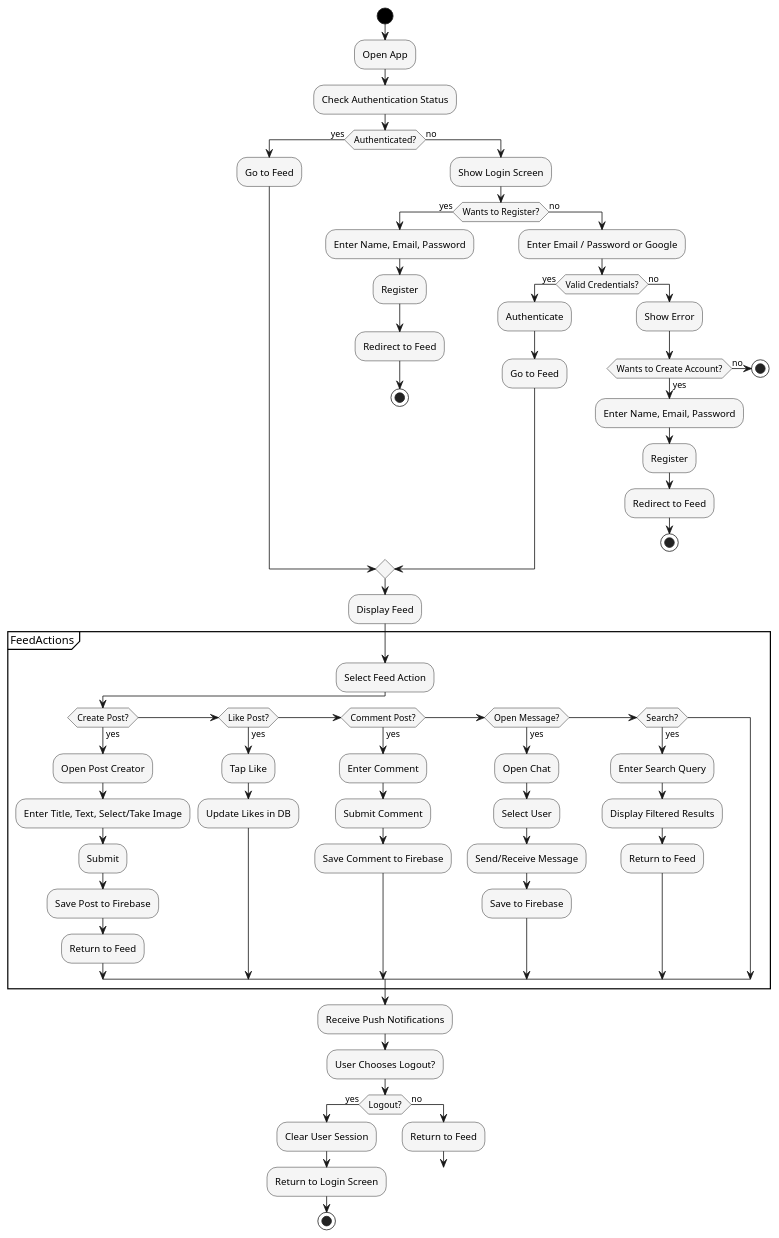
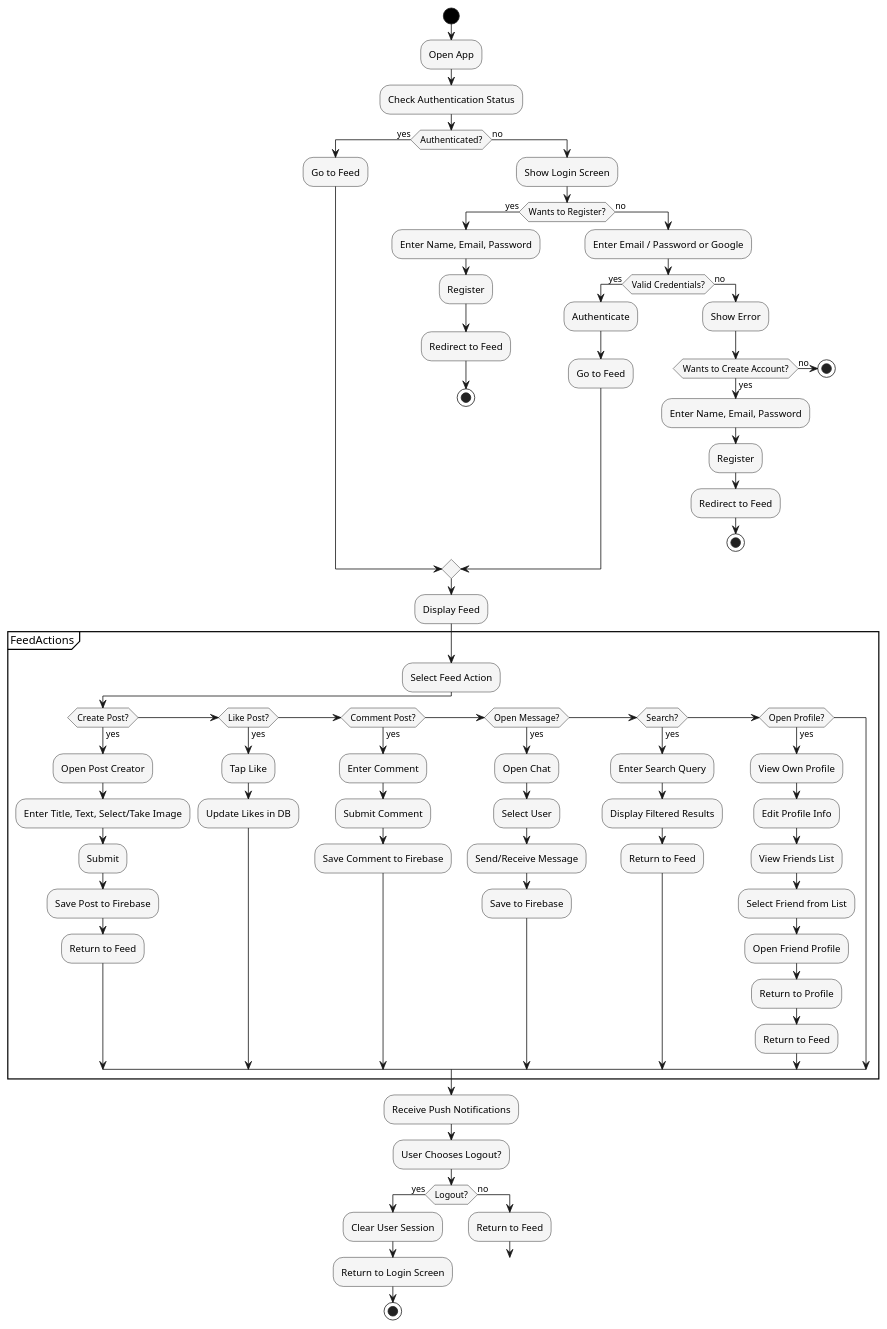
The diagram in app/sampledata/activity_diagram.puml (AndreeaDraghici/Android-Social-Media-Platform), drawn with PlantUML before and after one commit. The commit also changed 13 other files, not shown here.

```diff
--- a/app/sampledata/activity_diagram.puml
+++ b/app/sampledata/activity_diagram.puml
@@ -1,84 +1,92 @@
 @startuml ActivityDiagram_SocialMediaApp
 |User|
 skinparam backgroundColor #FFFFFF
 skinparam activity {
   BackgroundColor #F5F5F5
   BorderColor black
   StartColor black
   EndColor silver
 }
 
 start
 
 :Open App;
 :Check Authentication Status;
 if (Authenticated?) then (yes)
   :Go to Feed;
 else (no)
   :Show Login Screen;
   if (Wants to Register?) then (yes)
     :Enter Name, Email, Password;
     :Register;
     :Redirect to Feed;
     stop
   else (no)
     :Enter Email / Password or Google;
     if (Valid Credentials?) then (yes)
       :Authenticate;
       :Go to Feed;
     else (no)
       :Show Error;
       if (Wants to Create Account?) then (yes)
         :Enter Name, Email, Password;
         :Register;
         :Redirect to Feed;
         stop
       else (no)
         stop
       endif
     endif
   endif
 endif
 
 :Display Feed;
 
 partition FeedActions {
   :Select Feed Action;
   if (Create Post?) then (yes)
     :Open Post Creator;
     :Enter Title, Text, Select/Take Image;
     :Submit;
     :Save Post to Firebase;
     :Return to Feed;
   else if (Like Post?) then (yes)
     :Tap Like;
     :Update Likes in DB;
   else if (Comment Post?) then (yes)
     :Enter Comment;
     :Submit Comment;
     :Save Comment to Firebase;
   else if (Open Message?) then (yes)
     :Open Chat;
     :Select User;
     :Send/Receive Message;
     :Save to Firebase;
   else if (Search?) then (yes)
     :Enter Search Query;
     :Display Filtered Results;
     :Return to Feed;
+  else if (Open Profile?) then (yes)
+    :View Own Profile;
+    :Edit Profile Info;
+    :View Friends List;
+    :Select Friend from List;
+    :Open Friend Profile;
+    :Return to Profile;
+    :Return to Feed;
   endif
 }
 
 :Receive Push Notifications;
 
 :User Chooses Logout?;
 if (Logout?) then (yes)
   :Clear User Session;
   :Return to Login Screen;
   stop
 else (no)
   :Return to Feed;
   goto FeedActions
 endif
 
 @enduml
```
